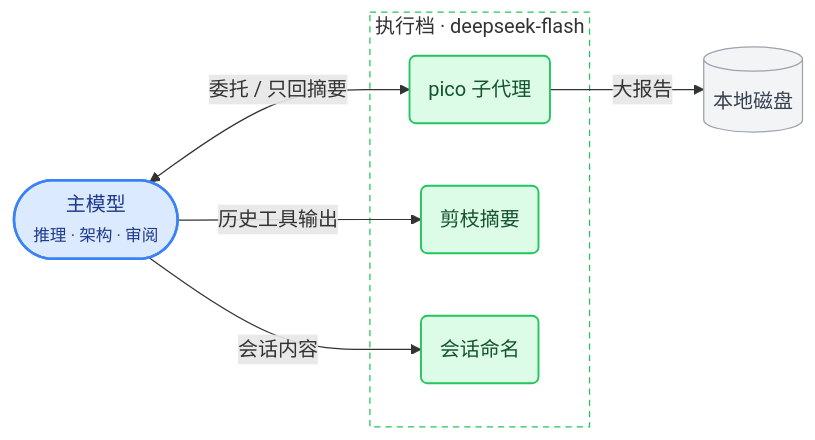
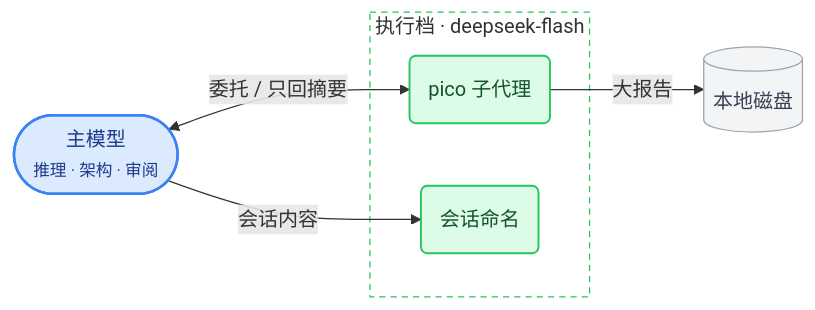
The diagram in README.md (Jerry2003sky/pi-playbook), drawn with Mermaid before and after one commit. The commit also changed other lines of this file and 8 other files, not shown here.

````diff
--- a/README.md
+++ b/README.md
@@ -9,25 +9,23 @@
 ```mermaid
 flowchart LR
     M(["主模型<br/><small>推理 · 架构 · 审阅</small>"])
 
     subgraph cheap ["执行档 · deepseek-flash"]
         P("pico 子代理")
-        S("剪枝摘要")
         N("会话命名")
     end
 
     D[("本地磁盘")]
 
     M <-- 委托 / 只回摘要 --> P
     P -- 大报告 --> D
-    M -- 历史工具输出 --> S
     M -- 会话内容 --> N
 
     classDef main fill:#dbeafe,stroke:#3b82f6,stroke-width:2px,color:#1e3a8a
     classDef cheapN fill:#dcfce7,stroke:#22c55e,stroke-width:1.5px,color:#14532d
     classDef store fill:#f3f4f6,stroke:#9ca3af,color:#374151
     class M main
-    class P,S,N cheapN
+    class P,N cheapN
     class D store
     style cheap fill:none,stroke:#22c55e,stroke-dasharray:5 4
 ```
````
